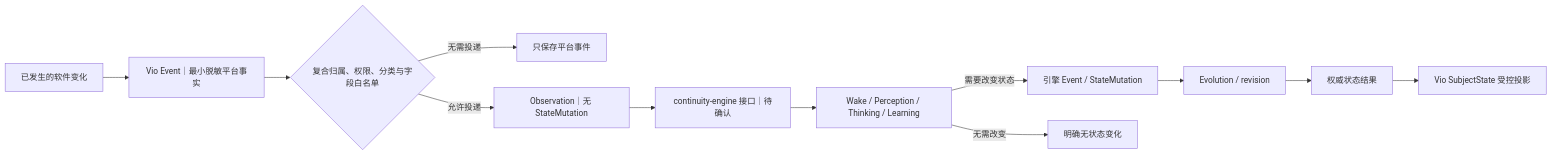
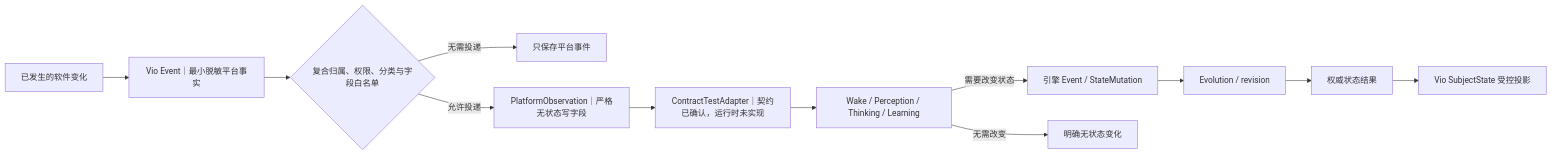
Before and after one commit to yuan69082-code/vio-live-frontend: the fourth of 5 diagrams in docs/后端/数据关系图.md, drawn with Mermaid. The commit also changed other lines of this file and 19 other files, not shown here.

Commit message:
docs: finalize continuity integration contract v1.1 baseline

````diff
--- a/docs/后端/数据关系图.md
+++ b/docs/后端/数据关系图.md
@@ -498,14 +498,14 @@
 ```mermaid
 flowchart LR
     CHANGE["已发生的软件变化"] --> EVENT["Vio Event｜最小脱敏平台事实"]
     EVENT --> POLICY{"复合归属、权限、分类与字段白名单"}
     POLICY -->|"无需投递"| STORE["只保存平台事件"]
-    POLICY -->|"允许投递"| OBS["Observation｜无 StateMutation"]
-    OBS --> PORT["continuity-engine 接口｜待确认"]
+    POLICY -->|"允许投递"| OBS["PlatformObservation｜严格无状态写字段"]
+    OBS --> PORT["ContractTestAdapter｜契约已确认，运行时未实现"]
     PORT --> DECIDE["Wake / Perception / Thinking / Learning"]
     DECIDE -->|"需要改变状态"| EEVENT["引擎 Event / StateMutation"]
     EEVENT --> EVOLVE["Evolution / revision"]
     EVOLVE --> RESULT["权威状态结果"]
     RESULT --> STATE["Vio SubjectState 受控投影"]
     DECIDE -->|"无需改变"| NOOP["明确无状态变化"]
 ```
````
